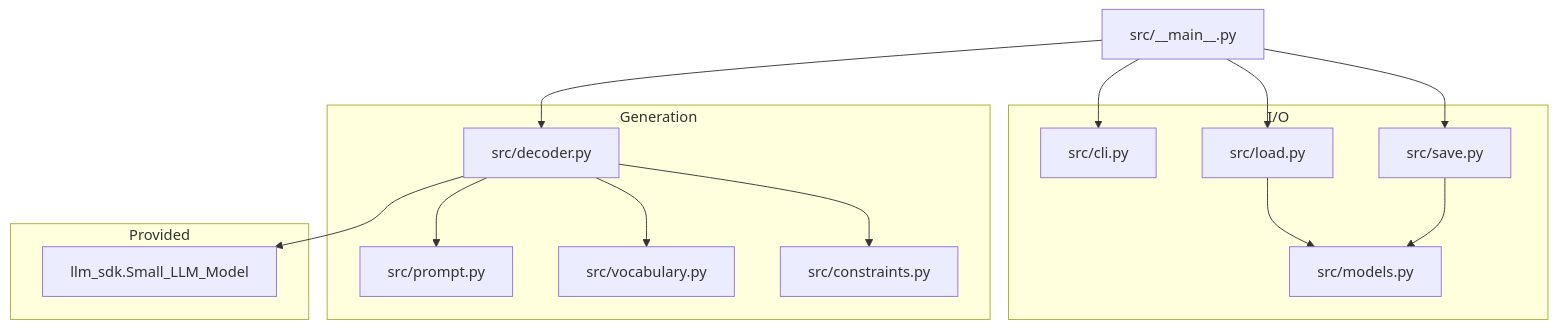
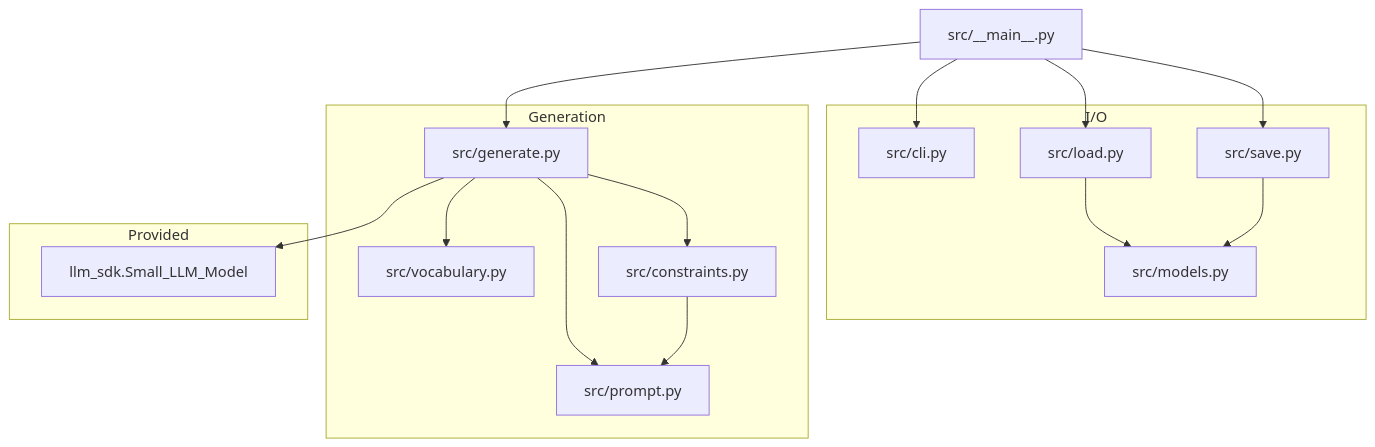
Before and after one commit to fathe4wiin/Call-Me-Maybe: diagram 11 of 11 in workflow.md, drawn with Mermaid. The commit also changed other lines of this file and 4 other files, not shown here.

````diff
--- a/workflow.md
+++ b/workflow.md
@@ -325,28 +357,29 @@
 ```mermaid
 flowchart TB
     subgraph io["I/O"]
         CLI["src/cli.py"]
         LOAD["src/load.py"]
         SAVE["src/save.py"]
         MOD["src/models.py"]
     end
     subgraph gen["Generation"]
         PR["src/prompt.py"]
         VOC["src/vocabulary.py"]
         CON["src/constraints.py"]
-        DEC["src/decoder.py"]
+        GEN["src/generate.py"]
     end
     subgraph sdk["Provided"]
         SDK["llm_sdk.Small_LLM_Model"]
     end
     MAIN["src/__main__.py"] --> CLI
     MAIN --> LOAD
-    MAIN --> DEC
+    MAIN --> GEN
     MAIN --> SAVE
     LOAD --> MOD
     SAVE --> MOD
-    DEC --> PR
-    DEC --> VOC
-    DEC --> CON
-    DEC --> SDK
+    GEN --> PR
+    GEN --> VOC
+    GEN --> CON
+    GEN --> SDK
+    CON --> PR
 ```
````
